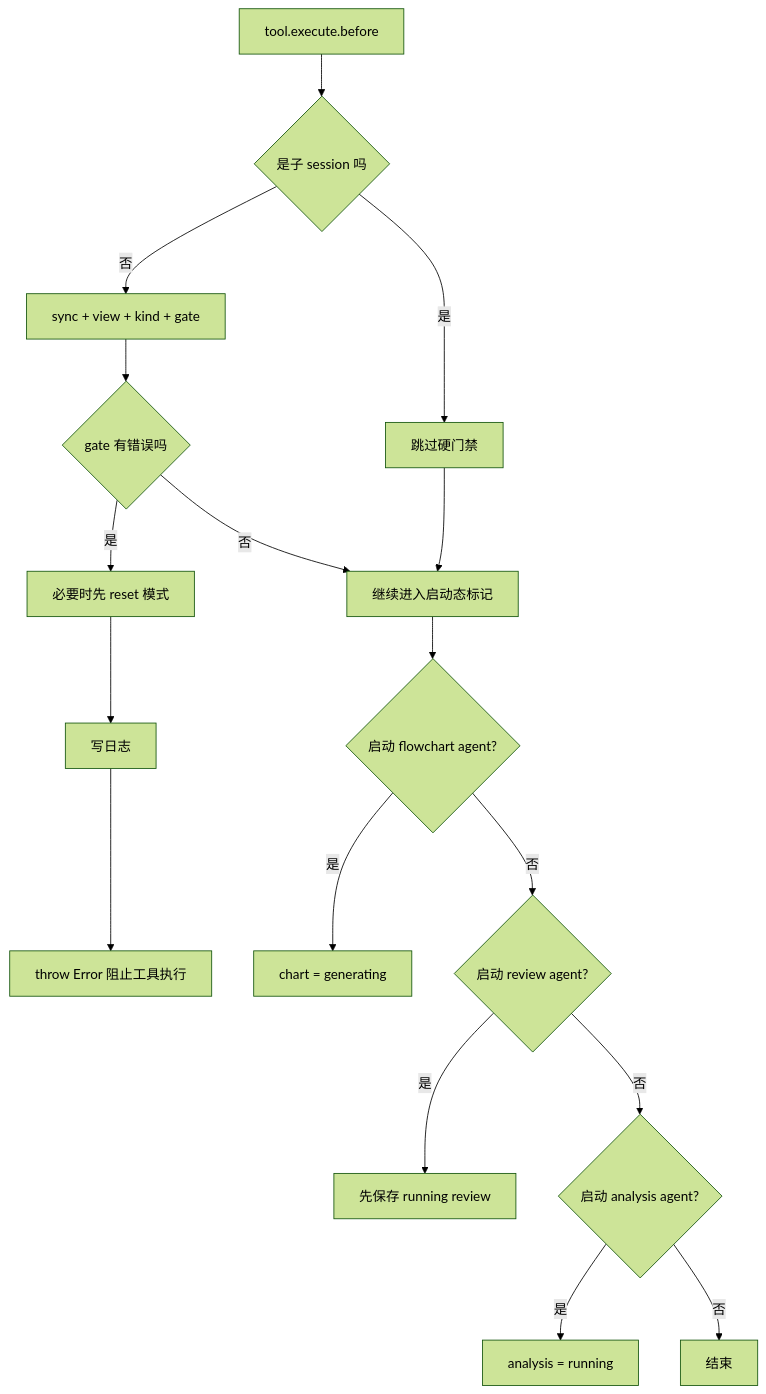
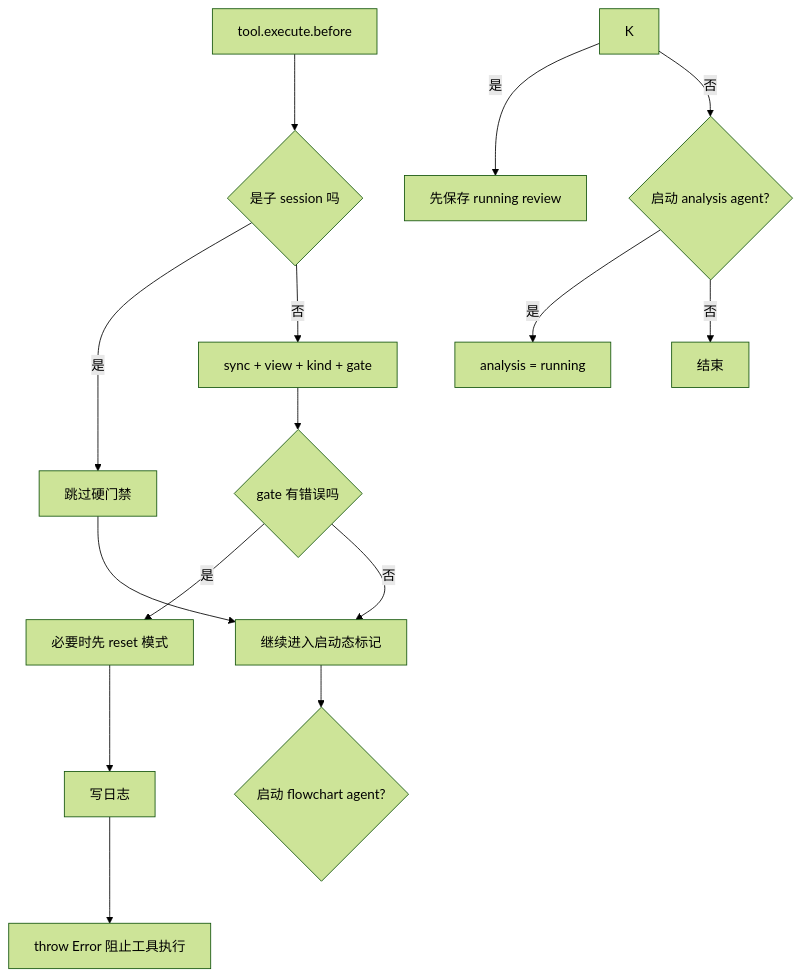
The third of 4 diagrams in packages/smartx-workflow/TRIGGER_FLOW.md (89780012/opencode), drawn with Mermaid (forest theme) before and after one commit. The commit also changed other lines of this file and 20 other files, not shown here.

````diff
--- a/packages/smartx-workflow/TRIGGER_FLOW.md
+++ b/packages/smartx-workflow/TRIGGER_FLOW.md
@@ -234,21 +139,19 @@
 ```mermaid
 flowchart TD
   A[tool.execute.before] --> B{是子 session 吗}
   B -->|是| C[跳过硬门禁]
   B -->|否| D[sync + view + kind + gate]
 
   D --> E{gate 有错误吗}
   E -->|是| F[必要时先 reset 模式]
   F --> G[写日志]
   G --> H[throw Error 阻止工具执行]
   E -->|否| I[继续进入启动态标记]
 
   C --> I
   I --> J{启动 flowchart agent?}
-  J -->|是| J1[chart = generating]
-  J -->|否| K{启动 review agent?}
   K -->|是| K1[先保存 running review]
   K -->|否| L{启动 analysis agent?}
   L -->|是| L1[analysis = running]
   L -->|否| M[结束]
 ```
````
